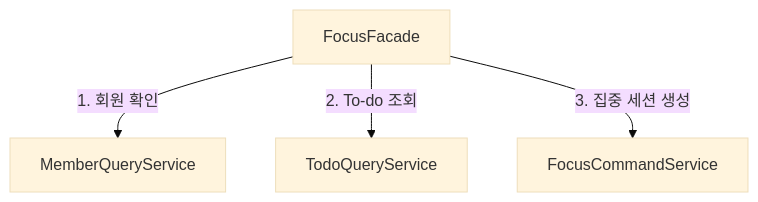
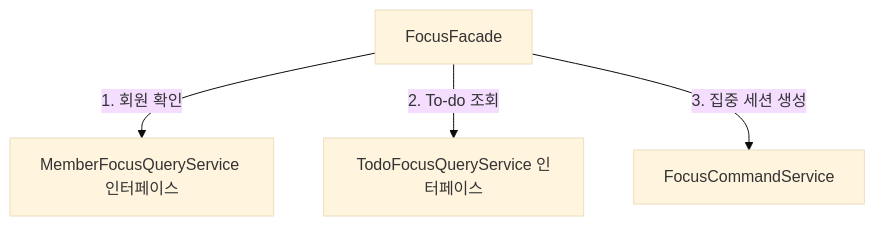
Before and after one commit to WhiteBin-bin/tomo-backend: the diagram in docs/code-rules/README.md, drawn with Mermaid (base theme). The commit also changed other lines of this file and 35 other files, not shown here.

````diff
--- a/docs/code-rules/README.md
+++ b/docs/code-rules/README.md
@@ -157,6 +160,6 @@
 ```mermaid
 flowchart TD
-    F[FocusFacade] -->|1. 회원 확인| M[MemberQueryService]
-    F -->|2. To-do 조회| T[TodoQueryService]
+    F[FocusFacade] -->|1. 회원 확인| M[MemberFocusQueryService 인터페이스]
+    F -->|2. To-do 조회| T[TodoFocusQueryService 인터페이스]
     F -->|3. 집중 세션 생성| C[FocusCommandService]
 ```
````
